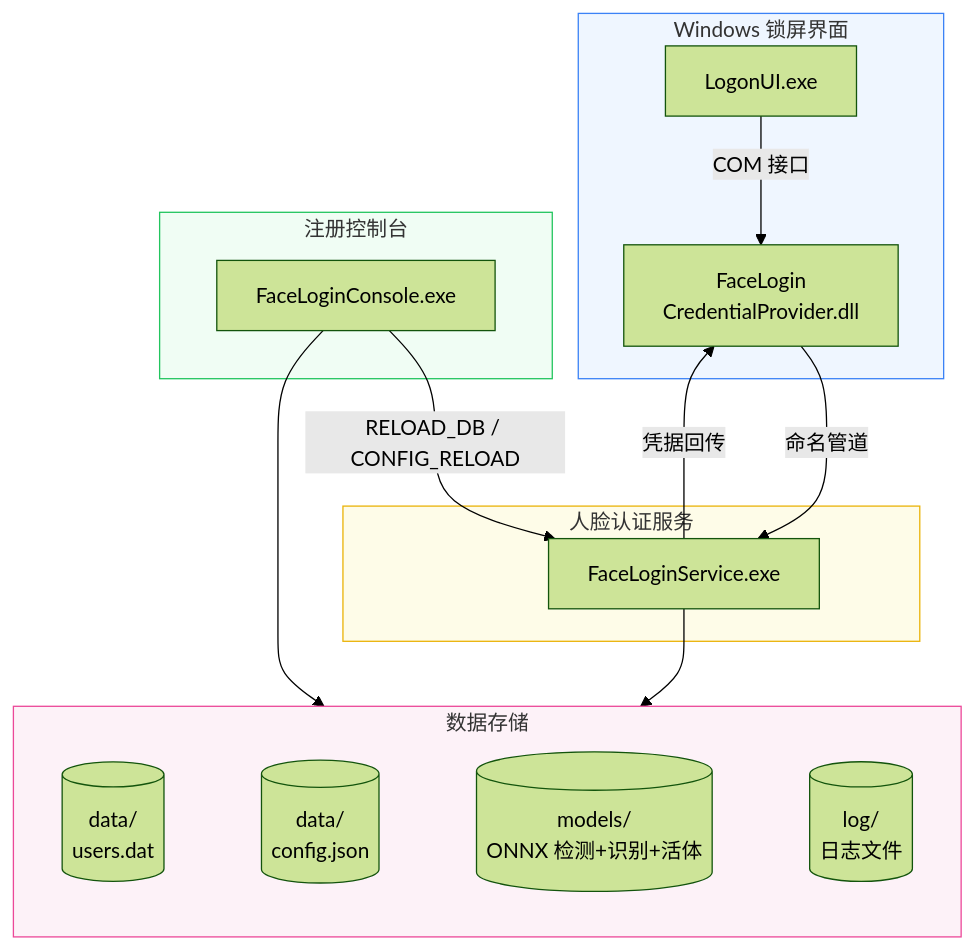
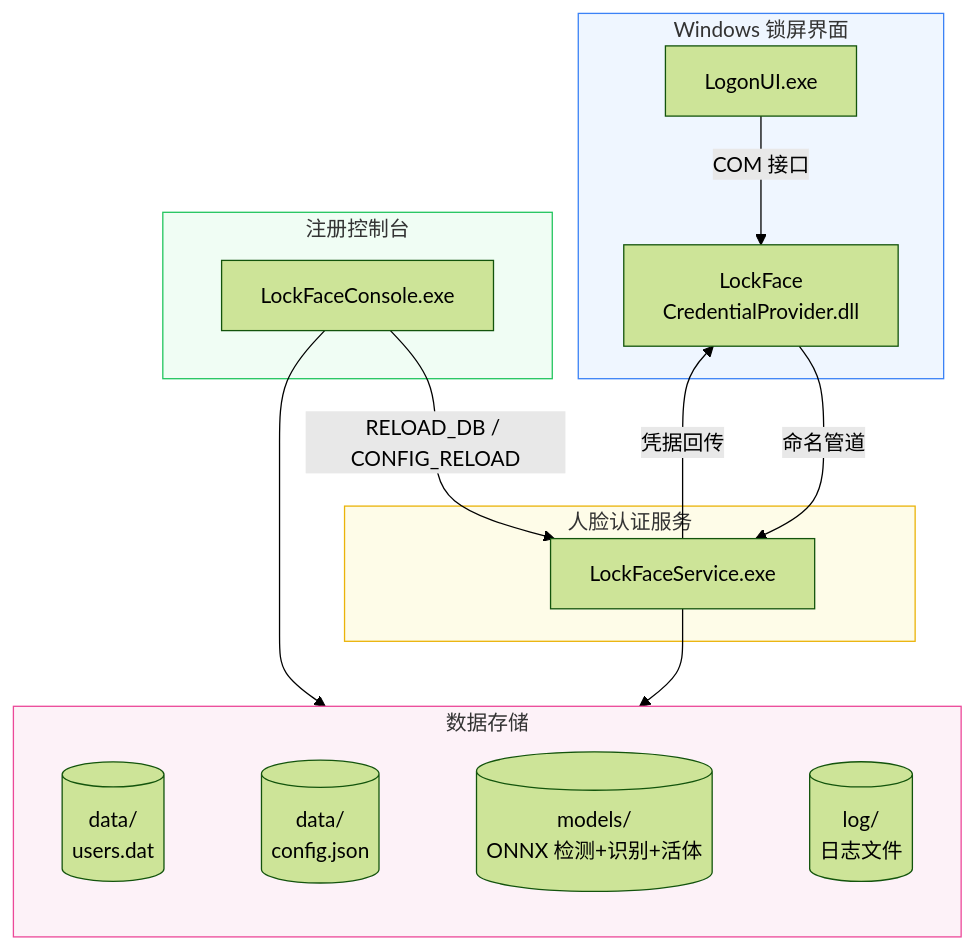
The diagram in README.md (Link2323/LockFace), drawn with Mermaid (forest theme) before and after one commit. The commit also changed other lines of this file and 38 other files, not shown here.

First line of the commit message:
refactor(rebrand): 项目更名 LockFace——三二进制/安装目录/服务名/许可文书与文档全面同步，移除 Sylvan 公司属性

````diff
--- a/README.md
+++ b/README.md
@@ -39,32 +39,32 @@
 ```mermaid
 flowchart TB
     subgraph LockScreen["Windows 锁屏界面"]
         LogonUI["LogonUI.exe"]
-        CP["FaceLogin<br/>CredentialProvider.dll"]
+        CP["LockFace<br/>CredentialProvider.dll"]
     end
 
     subgraph Service["人脸认证服务"]
-        Svc["FaceLoginService.exe"]
+        Svc["LockFaceService.exe"]
     end
 
     subgraph Enrollment["注册控制台"]
-        Console["FaceLoginConsole.exe"]
+        Console["LockFaceConsole.exe"]
     end
 
     subgraph Storage["数据存储"]
         direction LR
         UsersDB[("data/<br/>users.dat")] ~~~ Config[("data/<br/>config.json")] ~~~ Models[("models/<br/>ONNX 检测+识别+活体")] ~~~ Logs[("log/<br/>日志文件")]
     end
 
     LogonUI -->|"COM 接口"| CP
     CP -->|"命名管道"| Svc
     Svc -->|"凭据回传"| CP
     Console -->|"RELOAD_DB / CONFIG_RELOAD"| Svc
     Console --> Storage
     Svc --> Storage
 
     style LockScreen fill:#eff6ff,stroke:#3b82f6
     style Service fill:#fefce8,stroke:#eab308
     style Enrollment fill:#f0fdf4,stroke:#22c55e
     style Storage fill:#fdf2f8,stroke:#ec4899
 ```
````
